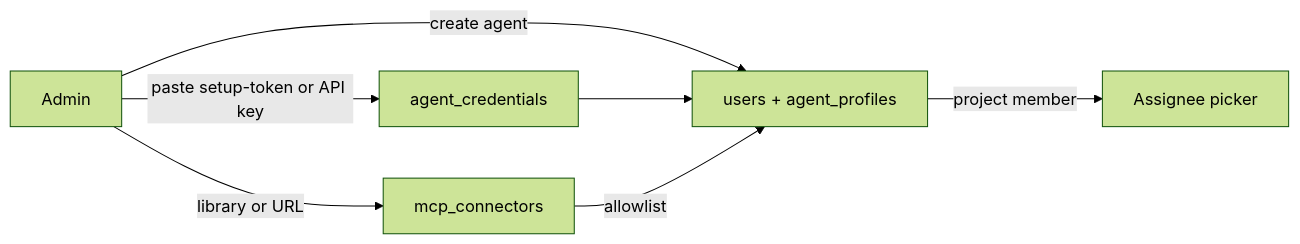
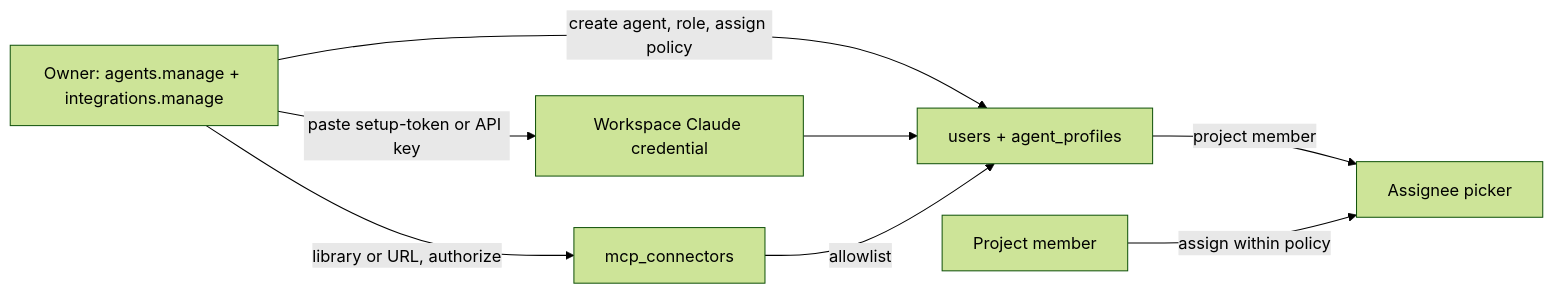
Before and after one commit to romirom11/ordi: the second of 3 diagrams in docs/plans/2026-09-05-001-feature-ai-agent-employees-plan.md, drawn with Mermaid (forest theme). The commit also changed other lines of this file, not shown here.

First line of the commit message:
Agent plan: workspace-level Claude connection and a full RBAC section

````diff
--- a/docs/plans/2026-09-05-001-feature-ai-agent-employees-plan.md
+++ b/docs/plans/2026-09-05-001-feature-ai-agent-employees-plan.md
@@ -143,9 +157,10 @@
 ```mermaid
 flowchart LR
-  Admin -->|paste setup-token or API key| Cred[agent_credentials]
-  Admin -->|library or URL| Conn[mcp_connectors]
-  Admin -->|create agent| Agent[users + agent_profiles]
+  Owner[Owner: agents.manage + integrations.manage] -->|paste setup-token or API key| Cred[Workspace Claude credential]
+  Owner -->|library or URL, authorize| Conn[mcp_connectors]
+  Owner -->|create agent, role, assign policy| Agent[users + agent_profiles]
   Cred --> Agent
   Conn -->|allowlist| Agent
   Agent -->|project member| Picker[Assignee picker]
+  Member[Project member] -->|assign within policy| Picker
 ```
````
